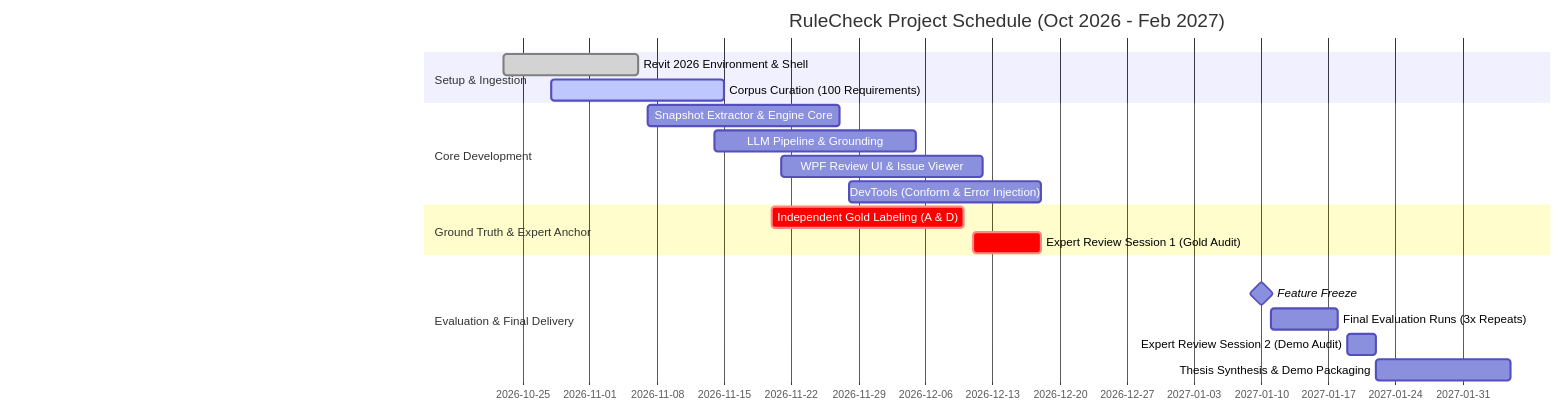
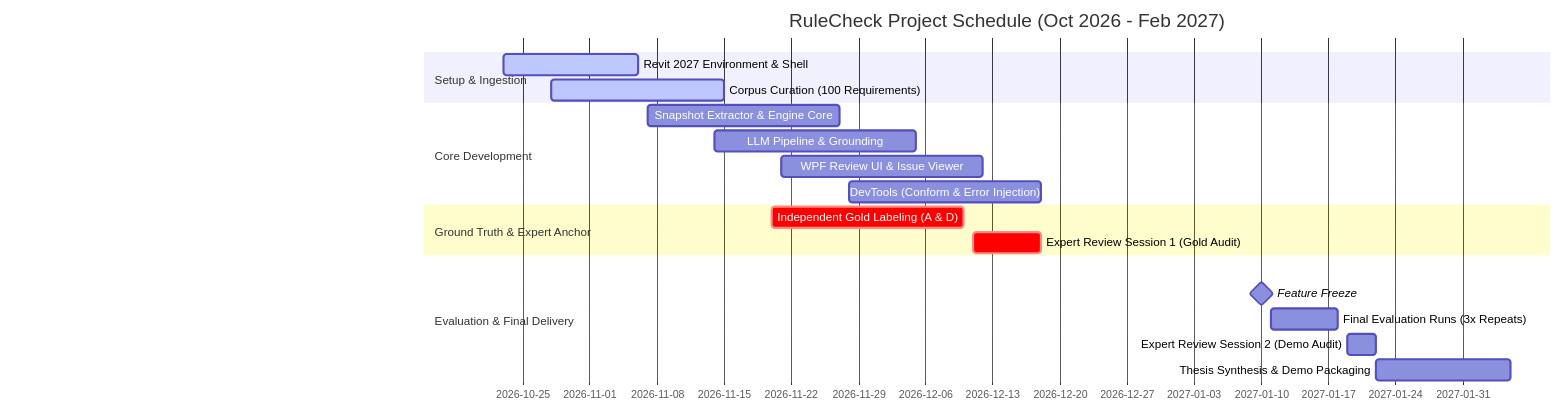
One commit to Esmaill1/AI-Powered-BIM-Engineering-Assistant changed the diagram in PRD_Revit_QAQC_Checker.md. Above: the diagram before and after it, drawn with Mermaid. The commit also changed other lines of this file and 603 other files, not shown here.

````diff
--- a/PRD_Revit_QAQC_Checker.md
+++ b/PRD_Revit_QAQC_Checker.md
@@ -267,22 +268,22 @@
 ```mermaid
 gantt
     title RuleCheck Project Schedule (Oct 2026 - Feb 2027)
     dateFormat  YYYY-MM-DD
     section Setup & Ingestion
-    Revit 2026 Environment & Shell       :done, a1, 2026-10-23, 2026-11-06
+    Revit 2027 Environment & Shell       :active, a1, 2026-10-23, 2026-11-06
     Corpus Curation (100 Requirements)   :active, a2, 2026-10-28, 2026-11-15
     section Core Development
     Snapshot Extractor & Engine Core     :b1, 2026-11-07, 2026-11-27
     LLM Pipeline & Grounding             :b2, 2026-11-14, 2026-12-05
     WPF Review UI & Issue Viewer         :b3, 2026-11-21, 2026-12-12
     DevTools (Conform & Error Injection) :b4, 2026-11-28, 2026-12-18
     section Ground Truth & Expert Anchor
     Independent Gold Labeling (A & D)    :crit, c1, 2026-11-20, 2026-12-10
     Expert Review Session 1 (Gold Audit) :crit, c2, 2026-12-11, 2026-12-18
     section Evaluation & Final Delivery
     Headless Eval Harness Integration   :d1, 2026-12-19, 2026-01-09
     Feature Freeze                       :milestone, m1, 2027-01-10, 2027-01-10
     Final Evaluation Runs (3x Repeats)   :d2, 2027-01-11, 2027-01-18
     Expert Review Session 2 (Demo Audit) :d3, 2027-01-19, 2027-01-22
     Thesis Synthesis & Demo Packaging    :d4, 2027-01-22, 2027-02-05
 ```
````
